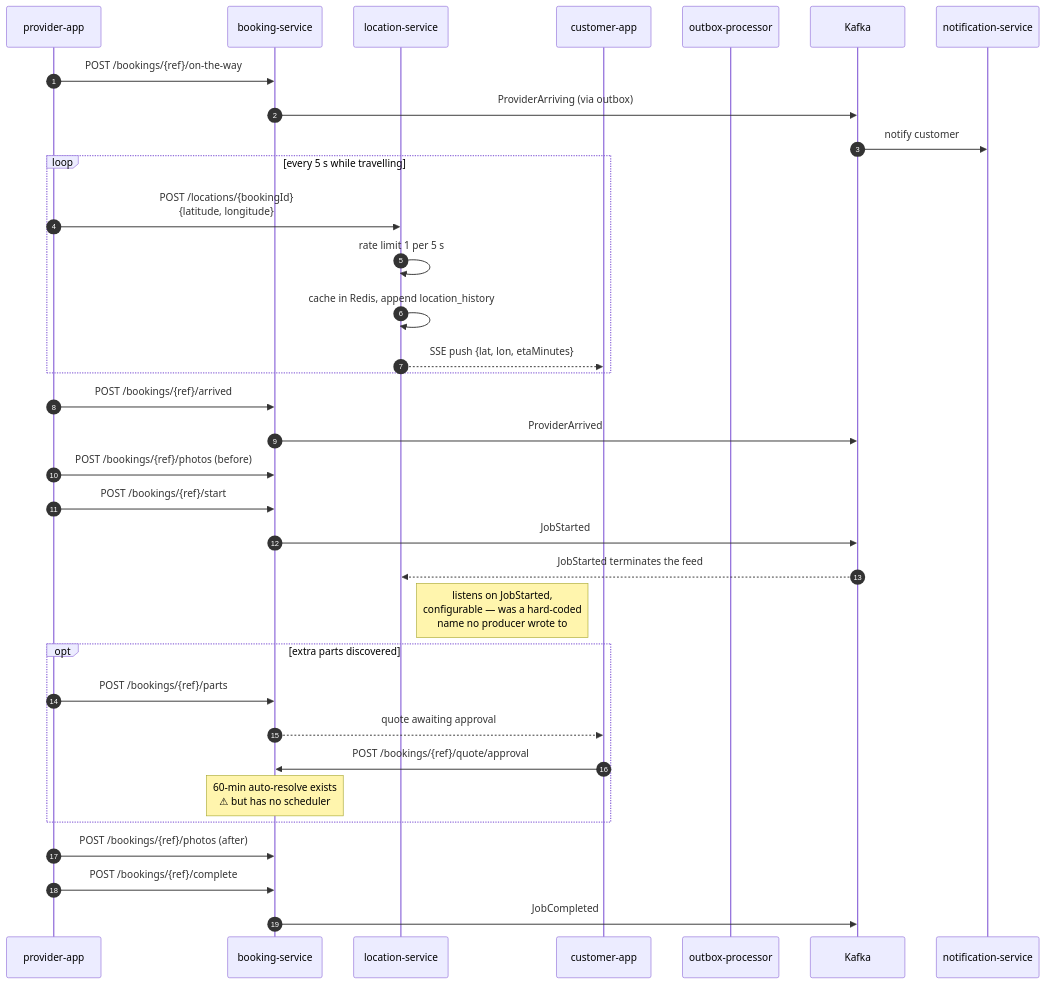
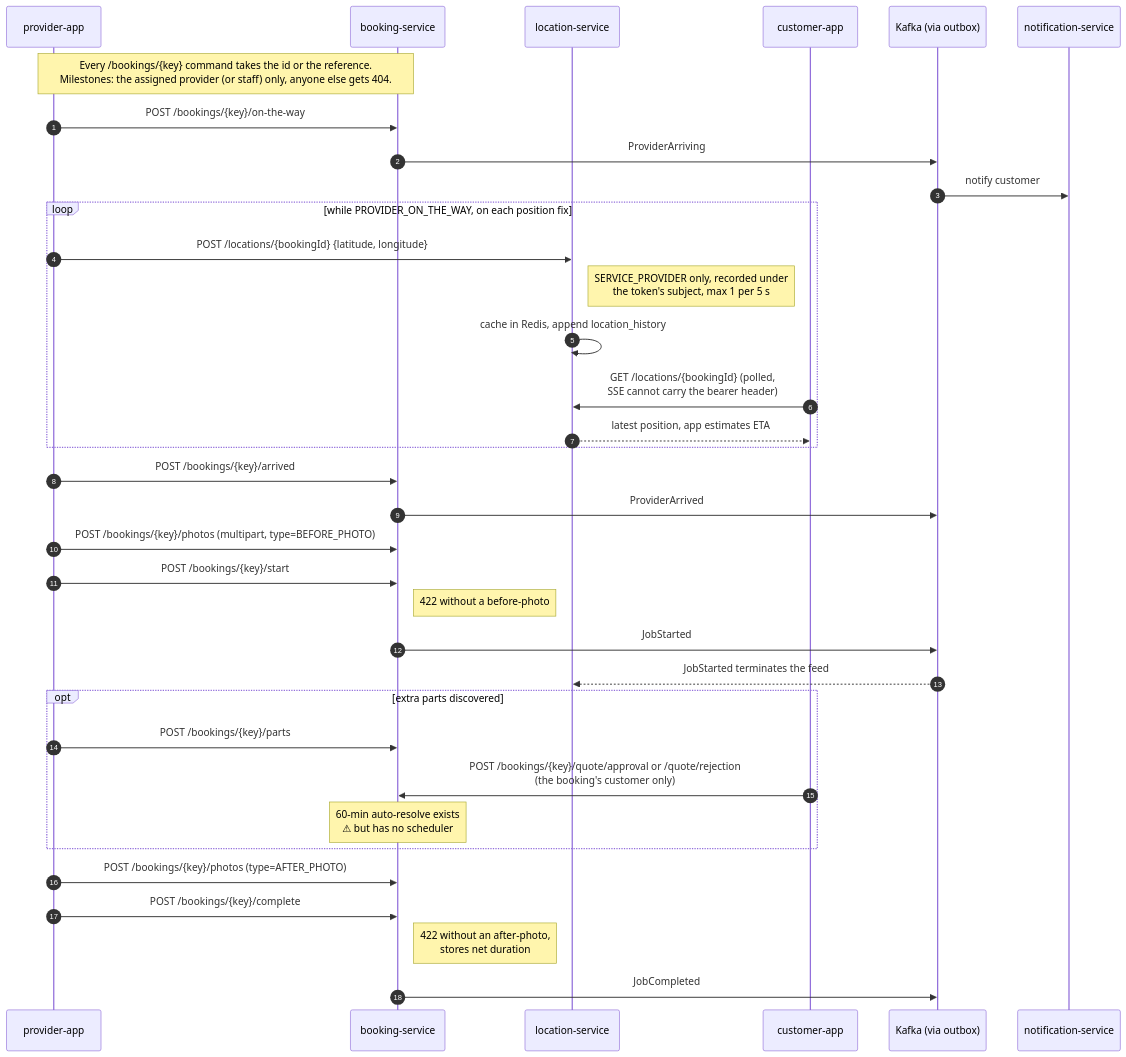
The eighth of 28 diagrams in docs/ARCHITECTURE.md (KripaGIT009/home-fix), drawn with Mermaid before and after one commit. The commit also changed other lines of this file and 7 other files, not shown here.

````diff
--- a/docs/ARCHITECTURE.md
+++ b/docs/ARCHITECTURE.md
@@ -378,41 +398,42 @@
 ```mermaid
 sequenceDiagram
     autonumber
     participant PAPP as provider-app
     participant BOOK as booking-service
     participant LOC as location-service
     participant CAPP as customer-app
-    participant OUT as outbox-processor
-    participant KF as Kafka
+    participant KF as Kafka (via outbox)
     participant NOTIF as notification-service
 
-    PAPP->>BOOK: POST /bookings/{ref}/on-the-way
-    BOOK->>KF: ProviderArriving (via outbox)
+    note over PAPP,BOOK: Every /bookings/{key} command takes the id or the reference.<br/>Milestones: the assigned provider (or staff) only, anyone else gets 404.
+    PAPP->>BOOK: POST /bookings/{key}/on-the-way
+    BOOK->>KF: ProviderArriving
     KF->>NOTIF: notify customer
 
-    loop every 5 s while travelling
-        PAPP->>LOC: POST /locations/{bookingId}<br/>{latitude, longitude}
-        LOC->>LOC: rate limit 1 per 5 s
+    loop while PROVIDER_ON_THE_WAY, on each position fix
+        PAPP->>LOC: POST /locations/{bookingId} {latitude, longitude}
+        note right of LOC: SERVICE_PROVIDER only, recorded under<br/>the token's subject, max 1 per 5 s
         LOC->>LOC: cache in Redis, append location_history
-        LOC-->>CAPP: SSE push {lat, lon, etaMinutes}
+        CAPP->>LOC: GET /locations/{bookingId} (polled,<br/>SSE cannot carry the bearer header)
+        LOC-->>CAPP: latest position, app estimates ETA
     end
 
-    PAPP->>BOOK: POST /bookings/{ref}/arrived
+    PAPP->>BOOK: POST /bookings/{key}/arrived
     BOOK->>KF: ProviderArrived
-    PAPP->>BOOK: POST /bookings/{ref}/photos (before)
-    PAPP->>BOOK: POST /bookings/{ref}/start
+    PAPP->>BOOK: POST /bookings/{key}/photos (multipart, type=BEFORE_PHOTO)
+    PAPP->>BOOK: POST /bookings/{key}/start
+    note right of BOOK: 422 without a before-photo
     BOOK->>KF: JobStarted
     KF-->>LOC: JobStarted terminates the feed
-    note right of LOC: listens on JobStarted,<br/>configurable — was a hard-coded<br/>name no producer wrote to
 
     opt extra parts discovered
-        PAPP->>BOOK: POST /bookings/{ref}/parts
-        BOOK-->>CAPP: quote awaiting approval
-        CAPP->>BOOK: POST /bookings/{ref}/quote/approval
+        PAPP->>BOOK: POST /bookings/{key}/parts
+        CAPP->>BOOK: POST /bookings/{key}/quote/approval or /quote/rejection<br/>(the booking's customer only)
         note over BOOK: 60-min auto-resolve exists<br/>⚠ but has no scheduler
     end
 
-    PAPP->>BOOK: POST /bookings/{ref}/photos (after)
-    PAPP->>BOOK: POST /bookings/{ref}/complete
+    PAPP->>BOOK: POST /bookings/{key}/photos (type=AFTER_PHOTO)
+    PAPP->>BOOK: POST /bookings/{key}/complete
+    note right of BOOK: 422 without an after-photo,<br/>stores net duration
     BOOK->>KF: JobCompleted
 ```
````
